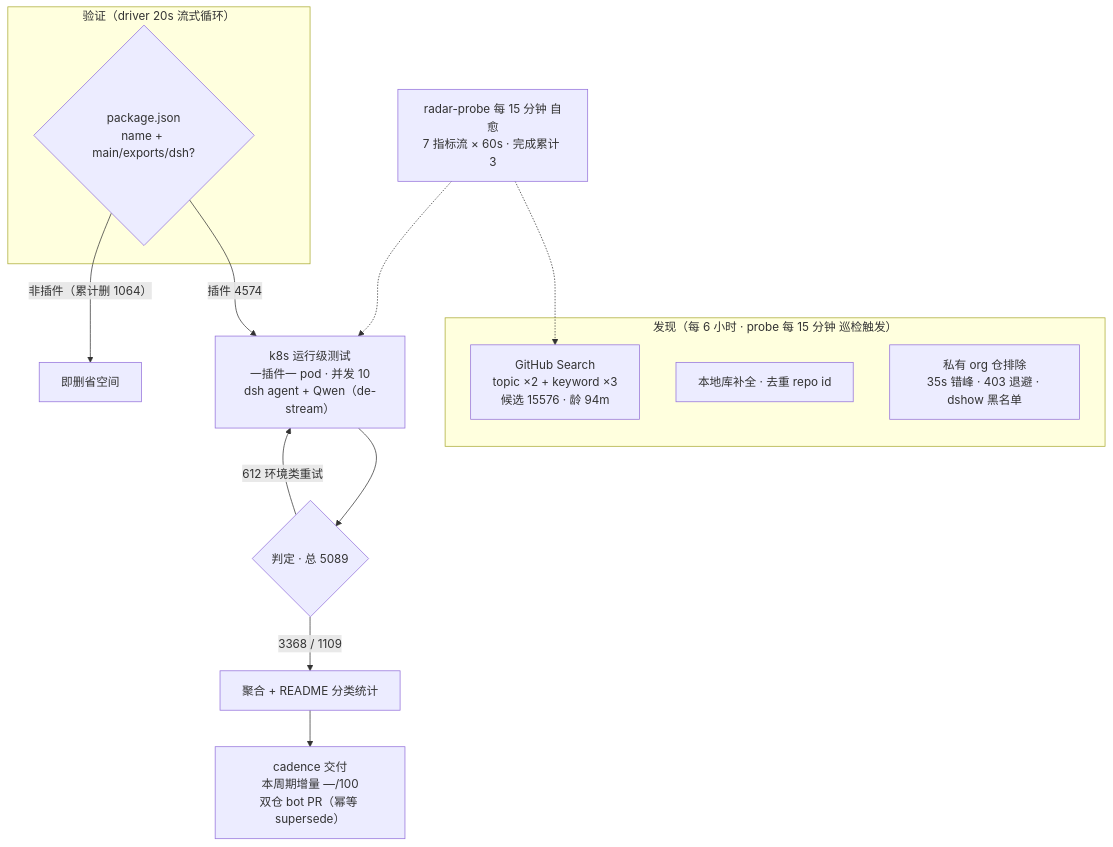
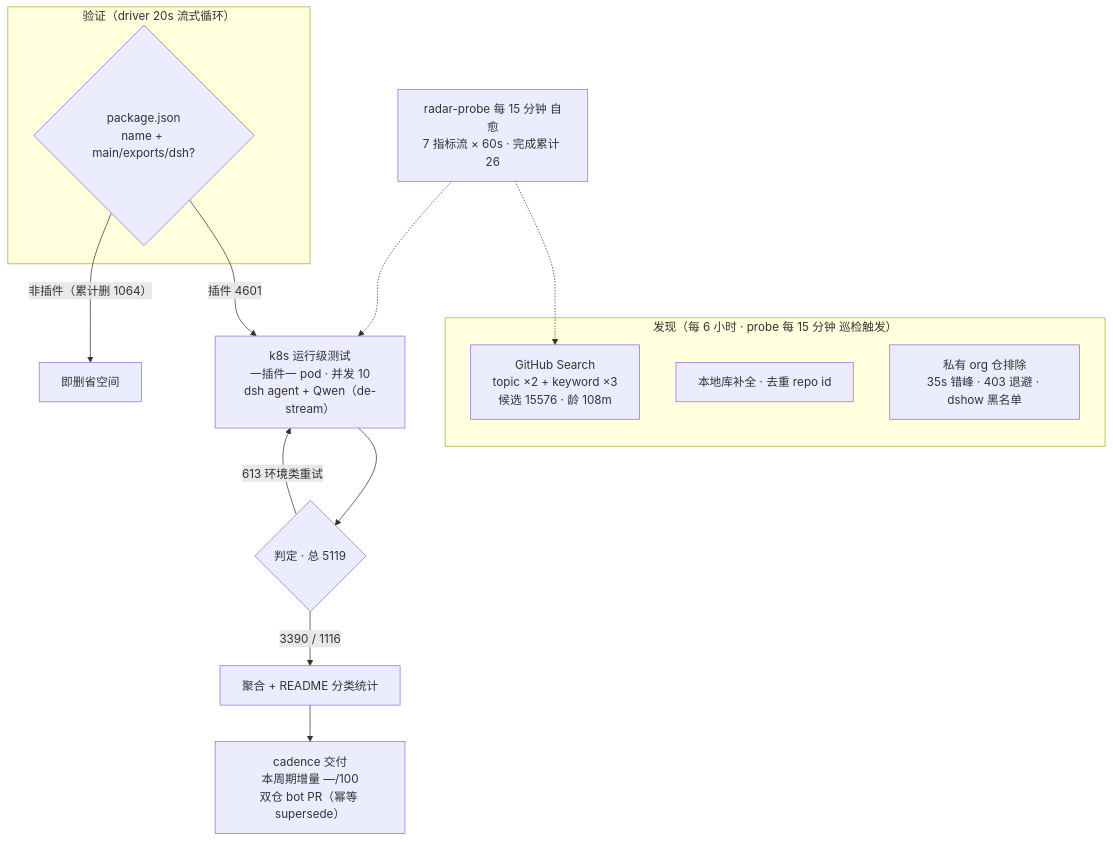
One commit to Zhidao-Lab-OSS/awesome-dsh-plugins changed the diagram in README.md. Above: the diagram before and after it, drawn with Mermaid. The commit also changed other lines of this file and 1 other file, not shown here.

````diff
--- a/README.md
+++ b/README.md
@@ -37,20 +37,20 @@
 ```mermaid
 flowchart TB
     subgraph Discovery["发现（每 6 小时 · probe 每 15 分钟 巡检触发）"]
-        A1["GitHub Search<br/>topic ×2 + keyword ×3<br/>候选 15576 · 龄 94m"]
+        A1["GitHub Search<br/>topic ×2 + keyword ×3<br/>候选 15576 · 龄 108m"]
         A2["本地库补全 · 去重 repo id"]
         A3["私有 org 仓排除<br/>35s 错峰 · 403 退避 · dshow 黑名单"]
     end
     subgraph Validation["验证（driver 20s 流式循环）"]
         B1{"package.json<br/>name + main/exports/dsh?"}
     end
-    B1 -->|"插件 4574"| C1["k8s 运行级测试<br/>一插件一 pod · 并发 10<br/>dsh agent + Qwen（de-stream）"]
+    B1 -->|"插件 4601"| C1["k8s 运行级测试<br/>一插件一 pod · 并发 10<br/>dsh agent + Qwen（de-stream）"]
     B1 -->|"非插件（累计删 1064）"| B3["即删省空间"]
-    C1 --> D1{"判定 · 总 5089"}
-    D1 -->|"3368 / 1109"| E1["聚合 + README 分类统计"]
-    D1 -->|"612 环境类重试"| C1
+    C1 --> D1{"判定 · 总 5119"}
+    D1 -->|"3390 / 1116"| E1["聚合 + README 分类统计"]
+    D1 -->|"613 环境类重试"| C1
     E1 --> E2["cadence 交付<br/>本周期增量 —/100<br/>双仓 bot PR（幂等 supersede）"]
-    M["radar-probe 每 15 分钟 自愈<br/>7 指标流 × 60s · 完成累计 3"]
+    M["radar-probe 每 15 分钟 自愈<br/>7 指标流 × 60s · 完成累计 26"]
     M -.-> A1
     M -.-> C1
 ```
````
